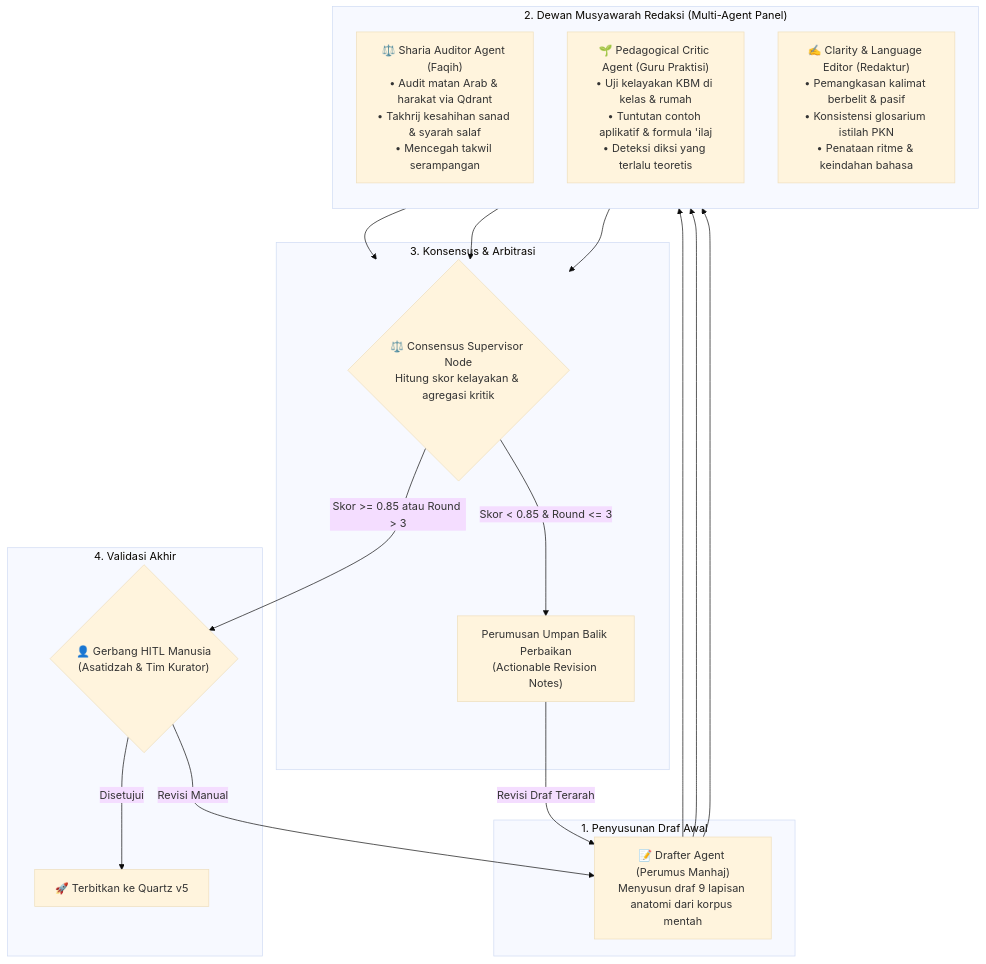
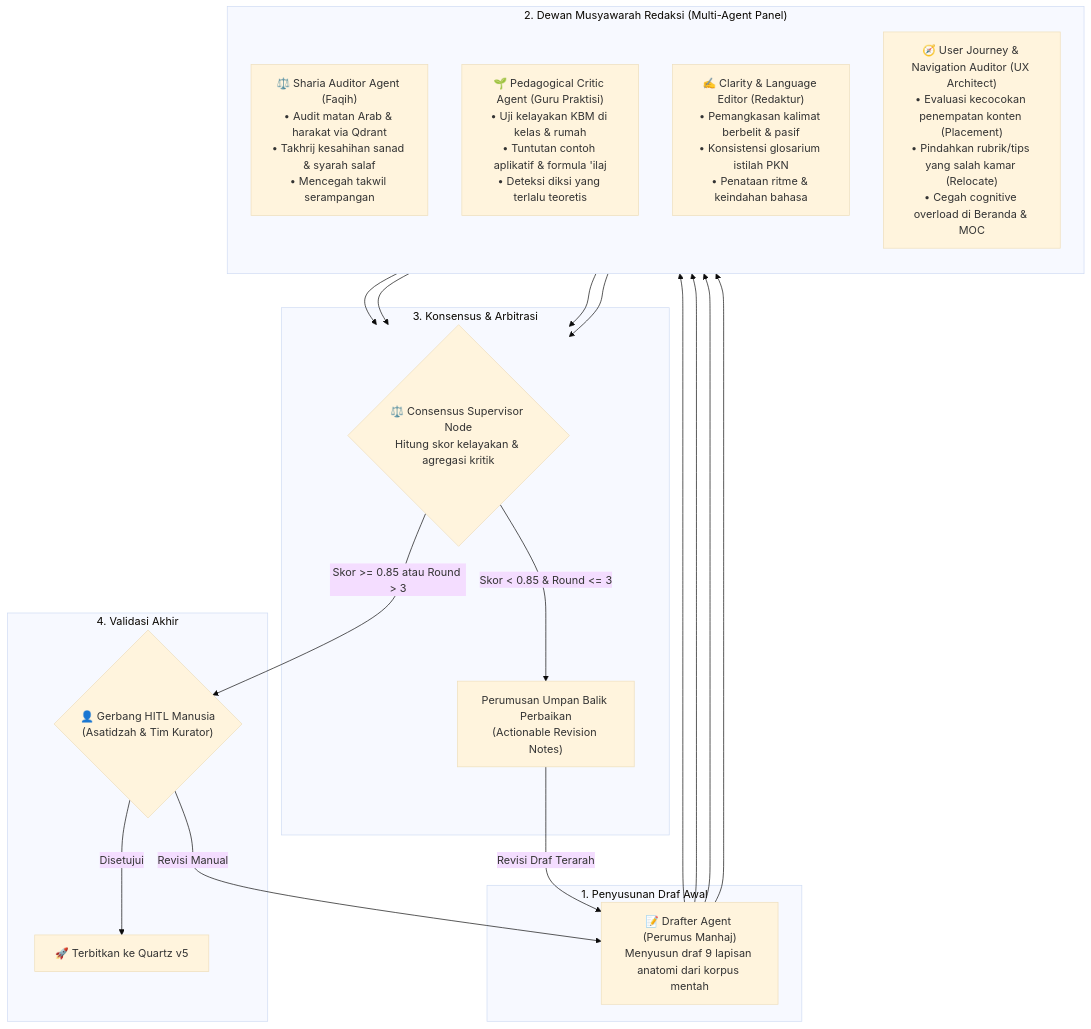
The second of 3 diagrams in pipeline_designs/README.md (decaller/wiki-pkn), drawn with Mermaid (base theme) before and after one commit. The commit also changed other lines of this file and 12 other files, not shown here.

````diff
--- a/pipeline_designs/README.md
+++ b/pipeline_designs/README.md
@@ -156,33 +156,34 @@
 ```mermaid
 flowchart TD
     subgraph DRAFTING["1. Penyusunan Draf Awal"]
         Drafter["📝 Drafter Agent (Perumus Manhaj)<br/>Menyusun draf 9 lapisan anatomi dari korpus mentah"]
     end
 
     subgraph DEBATE_COUNCIL["2. Dewan Musyawarah Redaksi (Multi-Agent Panel)"]
         direction TB
         ShariaAuditor["⚖️ Sharia Auditor Agent (Faqih)<br/>• Audit matan Arab & harakat via Qdrant<br/>• Takhrij kesahihan sanad & syarah salaf<br/>• Mencegah takwil serampangan"]
         PedagogyCritic["🌱 Pedagogical Critic Agent (Guru Praktisi)<br/>• Uji kelayakan KBM di kelas & rumah<br/>• Tuntutan contoh aplikatif & formula 'ilaj<br/>• Deteksi diksi yang terlalu teoretis"]
         ClarityRedactor["✍️ Clarity & Language Editor (Redaktur)<br/>• Pemangkasan kalimat berbelit & pasif<br/>• Konsistensi glosarium istilah PKN<br/>• Penataan ritme & keindahan bahasa"]
+        JourneyAuditor["🧭 User Journey & Navigation Auditor (UX Architect)<br/>• Evaluasi kecocokan penempatan konten (Placement)<br/>• Pindahkan rubrik/tips yang salah kamar (Relocate)<br/>• Cegah cognitive overload di Beranda & MOC"]
     end
 
     subgraph SUPERVISOR["3. Konsensus & Arbitrasi"]
         ConsensusNode{"⚖️ Consensus Supervisor Node<br/>Hitung skor kelayakan & agregasi kritik"}
         RefinePrompt["Perumusan Umpan Balik Perbaikan<br/>(Actionable Revision Notes)"]
     end
 
     subgraph FINAL_GATES["4. Validasi Akhir"]
         HITLGate{"👤 Gerbang HITL Manusia<br/>(Asatidzah & Tim Kurator)"}
         QuartzPublish["🚀 Terbitkan ke Quartz v5"]
     end
 
-    Drafter --> ShariaAuditor & PedagogyCritic & ClarityRedactor
-    ShariaAuditor & PedagogyCritic & ClarityRedactor --> ConsensusNode
+    Drafter --> ShariaAuditor & PedagogyCritic & ClarityRedactor & JourneyAuditor
+    ShariaAuditor & PedagogyCritic & ClarityRedactor & JourneyAuditor --> ConsensusNode
 
     ConsensusNode -->|Skor < 0.85 & Round <= 3| RefinePrompt
     RefinePrompt -->|Revisi Draf Terarah| Drafter
 
     ConsensusNode -->|Skor >= 0.85 atau Round > 3| HITLGate
     HITLGate -->|Disetujui| QuartzPublish
     HITLGate -->|Revisi Manual| Drafter
 ```
````
